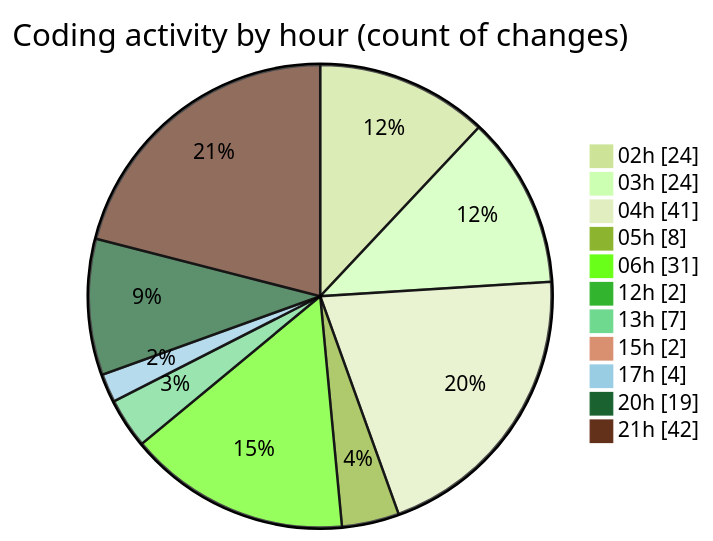
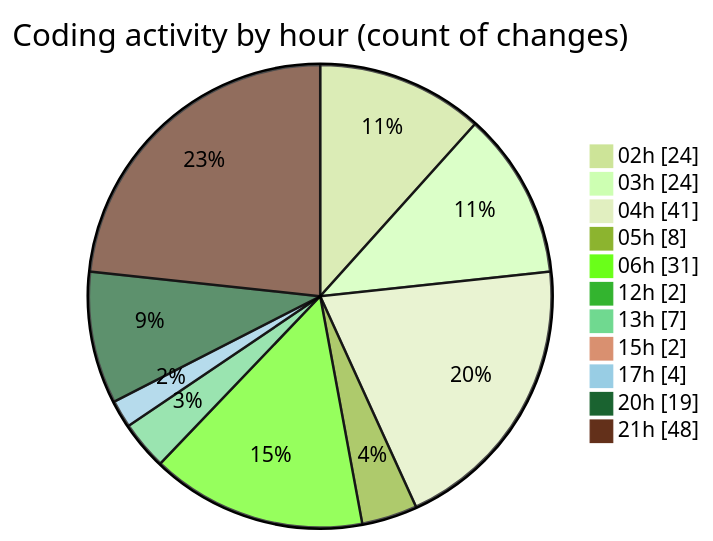
The second of 2 diagrams in 2025-07-23/quanlyrapchieuphim/README.md (lephambinh05/code-tracking), drawn with Mermaid (forest theme) before and after one commit. The commit also changed other lines of this file and 1 other file, not shown here.

````diff
--- a/2025-07-23/quanlyrapchieuphim/README.md
+++ b/2025-07-23/quanlyrapchieuphim/README.md
@@ -44,15 +44,15 @@
 ```mermaid
 pie showData
 title Coding activity by hour (count of changes)
 "02h" : 24
 "03h" : 24
 "04h" : 41
 "05h" : 8
 "06h" : 31
 "12h" : 2
 "13h" : 7
 "15h" : 2
 "17h" : 4
 "20h" : 19
-"21h" : 42
+"21h" : 48
 ```
````
